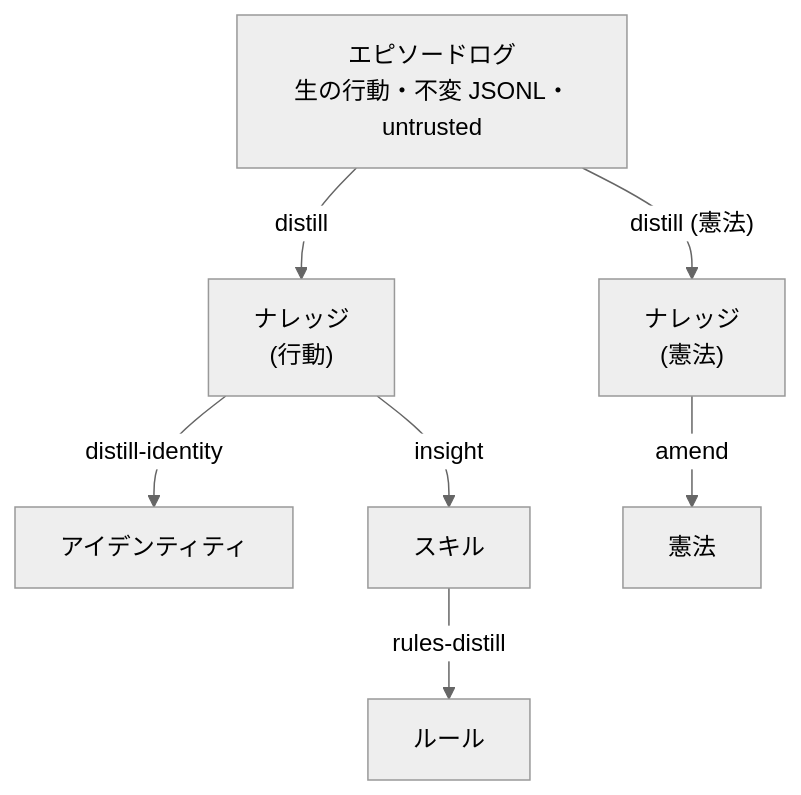
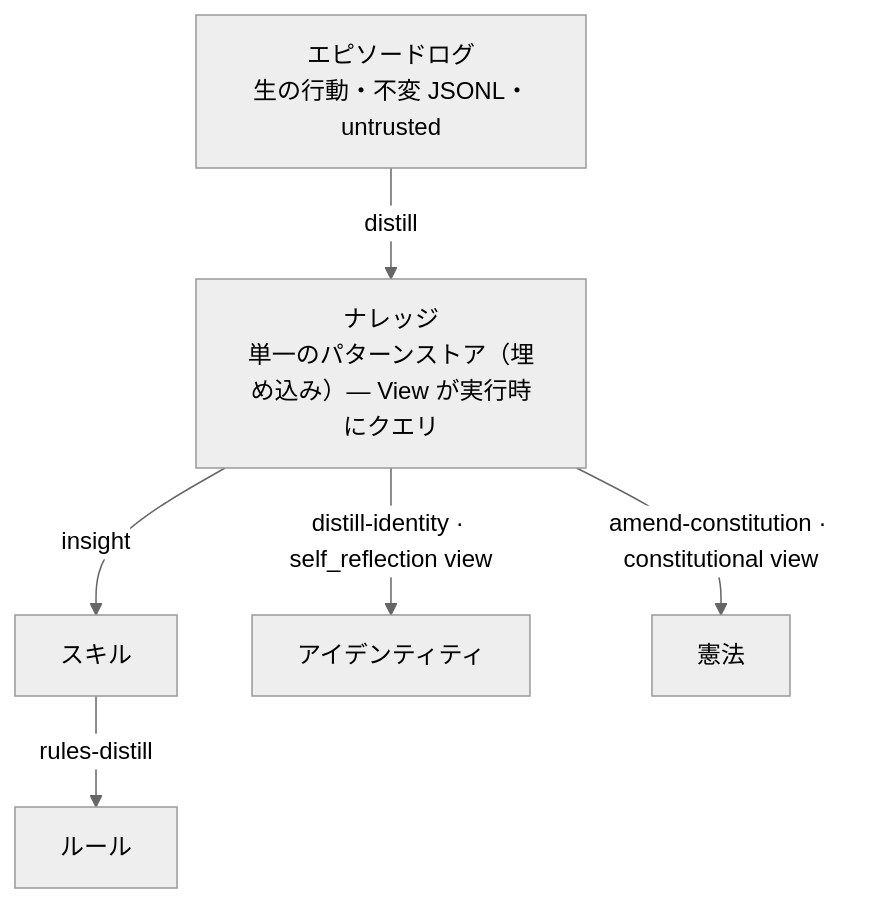
The diagram in README.ja.md (shimo4228/contemplative-agent), drawn with Mermaid (neutral theme) before and after one commit. The commit also changed other lines of this file and 3 other files, not shown here.

First line of the commit message:
docs: correct prompt count (32), restore DeepWiki/GitMCP badges, fix How It Works diagram

````diff
--- a/README.ja.md
+++ b/README.ja.md
@@ -36,12 +35,10 @@
 ```mermaid
 graph TD
     EL["エピソードログ<br/>生の行動・不変 JSONL・untrusted"]
-    KB["ナレッジ<br/>(行動)"]
-    KC["ナレッジ<br/>(憲法)"]
-    EL -->|distill| KB
-    EL -->|"distill (憲法)"| KC
-    KB -->|distill-identity| Identity["アイデンティティ"]
-    KB -->|insight| Skills["スキル"]
+    K["ナレッジ<br/>単一のパターンストア（埋め込み）— View が実行時にクエリ"]
+    EL -->|distill| K
+    K -->|insight| Skills["スキル"]
     Skills -->|rules-distill| Rules["ルール"]
-    KC -->|amend| Constitution["憲法"]
+    K -->|"distill-identity · self_reflection view"| Identity["アイデンティティ"]
+    K -->|"amend-constitution · constitutional view"| Constitution["憲法"]
 ```
````
